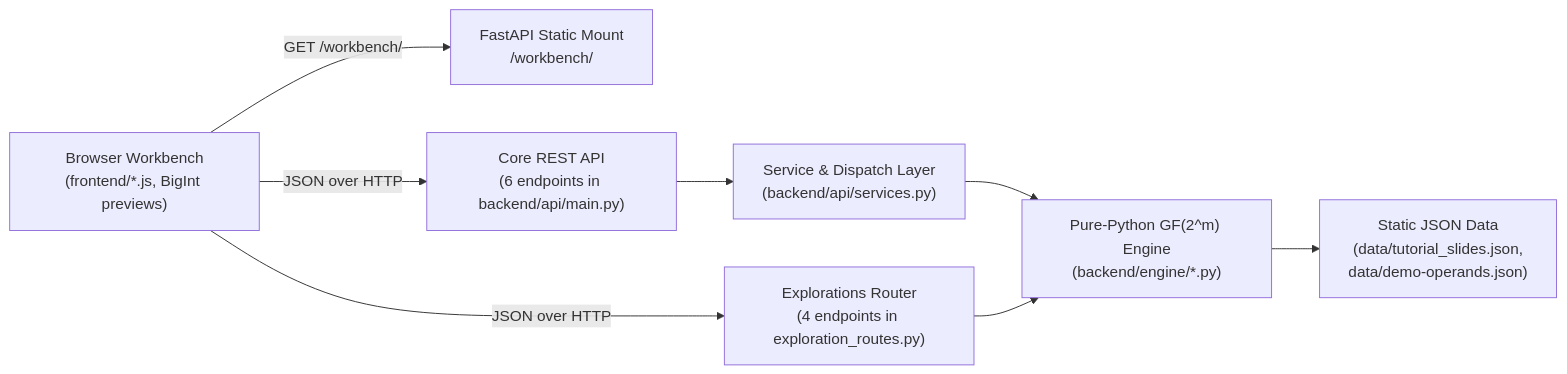
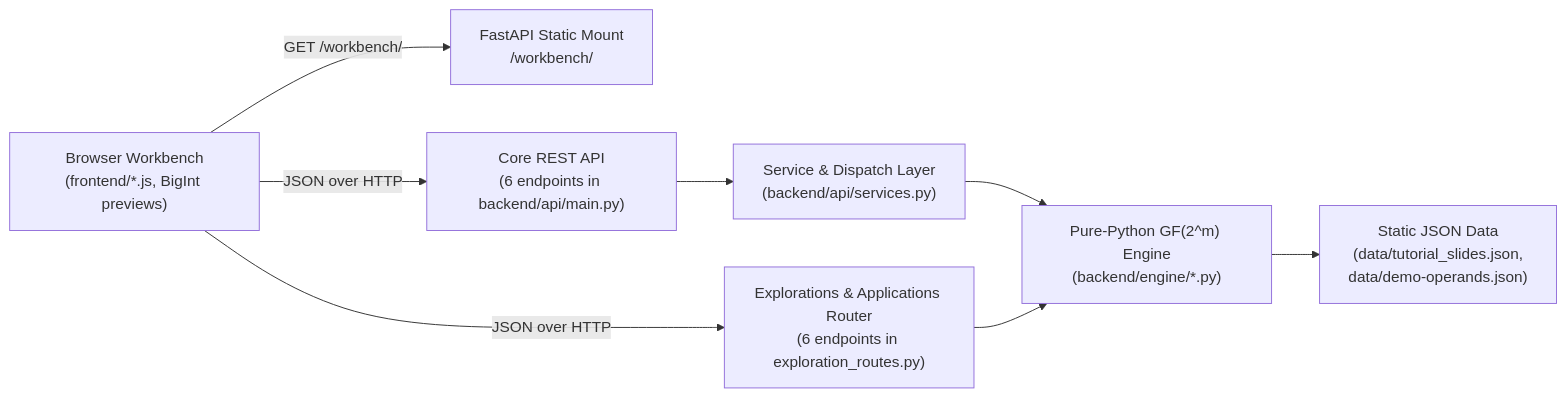
One commit to huseinZahweh/Polynomial-Arithmetic changed the diagram in docs/ARCHITECTURE.md. Above: the diagram before and after it, drawn with Mermaid. The commit also changed other lines of this file and 28 other files, not shown here.

````diff
--- a/docs/ARCHITECTURE.md
+++ b/docs/ARCHITECTURE.md
@@ -12,18 +12,18 @@
 ```mermaid
 flowchart LR
     Browser["Browser Workbench<br/>(frontend/*.js, BigInt previews)"]
     Static["FastAPI Static Mount<br/>/workbench/"]
     CoreAPI["Core REST API<br/>(6 endpoints in backend/api/main.py)"]
-    ExpAPI["Explorations Router<br/>(4 endpoints in exploration_routes.py)"]
+    ExpAPI["Explorations & Applications Router<br/>(6 endpoints in exploration_routes.py)"]
     Services["Service & Dispatch Layer<br/>(backend/api/services.py)"]
     Engine["Pure-Python GF(2^m) Engine<br/>(backend/engine/*.py)"]
     Data["Static JSON Data<br/>(data/tutorial_slides.json,<br/>data/demo-operands.json)"]
 
     Browser -->|GET /workbench/| Static
     Browser -->|JSON over HTTP| CoreAPI
     Browser -->|JSON over HTTP| ExpAPI
     CoreAPI --> Services
     Services --> Engine
     ExpAPI --> Engine
     Engine --> Data
 ```
````
